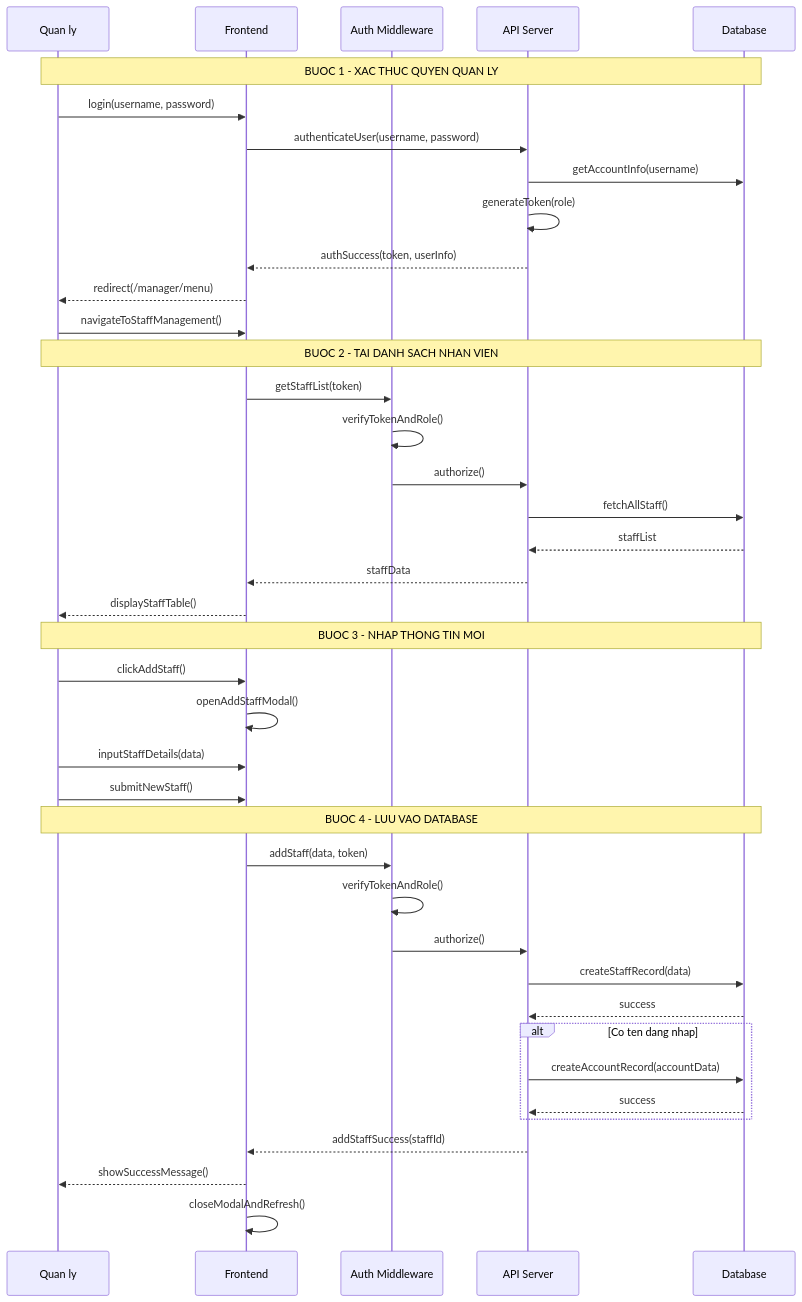
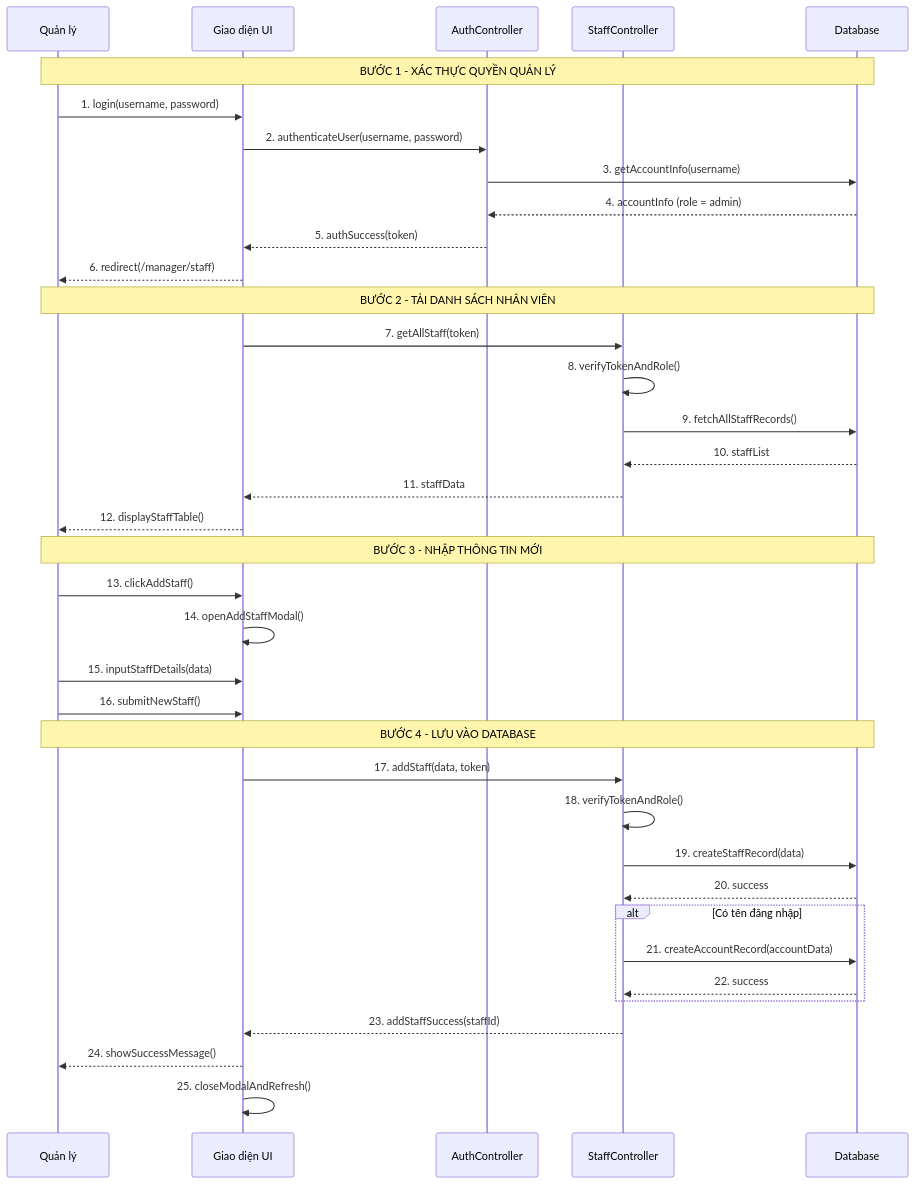
Before and after one commit to tahpnart8/demo-pttkht-Nhom2IT0001: the ninth of 10 diagrams in docs/so-do-he-thong.md, drawn with Mermaid. The commit also changed other lines of this file, not shown here.

````diff
--- a/docs/so-do-he-thong.md
+++ b/docs/so-do-he-thong.md
@@ -440,46 +431,43 @@
 ```mermaid
 sequenceDiagram
-    participant QL as Quan ly
-    participant FE as Frontend
-    participant MW as Auth Middleware
-    participant API as API Server
+    participant QL as Quản lý
+    participant UI as Giao diện UI
+    participant AC as AuthController
+    participant SC as StaffController
     participant DB as Database
 
-    Note over QL,DB: BUOC 1 - XAC THUC QUYEN QUAN LY
-    QL->>FE: login(username, password)
-    FE->>API: authenticateUser(username, password)
-    API->>DB: getAccountInfo(username)
-    API->>API: generateToken(role)
-    API-->>FE: authSuccess(token, userInfo)
-    FE-->>QL: redirect(/manager/menu)
-    QL->>FE: navigateToStaffManagement()
+    Note over QL,DB: BƯỚC 1 - XÁC THỰC QUYỀN QUẢN LÝ
+    QL->>UI: 1. login(username, password)
+    UI->>AC: 2. authenticateUser(username, password)
+    AC->>DB: 3. getAccountInfo(username)
+    DB-->>AC: 4. accountInfo (role = admin)
+    AC-->>UI: 5. authSuccess(token)
+    UI-->>QL: 6. redirect(/manager/staff)
 
-    Note over QL,DB: BUOC 2 - TAI DANH SACH NHAN VIEN
-    FE->>MW: getStaffList(token)
-    MW->>MW: verifyTokenAndRole()
-    MW->>API: authorize()
-    API->>DB: fetchAllStaff()
-    DB-->>API: staffList
-    API-->>FE: staffData
-    FE-->>QL: displayStaffTable()
+    Note over QL,DB: BƯỚC 2 - TẢI DANH SÁCH NHÂN VIÊN
+    UI->>SC: 7. getAllStaff(token)
+    SC->>SC: 8. verifyTokenAndRole()
+    SC->>DB: 9. fetchAllStaffRecords()
+    DB-->>SC: 10. staffList
+    SC-->>UI: 11. staffData
+    UI-->>QL: 12. displayStaffTable()
 
-    Note over QL,DB: BUOC 3 - NHAP THONG TIN MOI
-    QL->>FE: clickAddStaff()
-    FE->>FE: openAddStaffModal()
-    QL->>FE: inputStaffDetails(data)
-    QL->>FE: submitNewStaff()
+    Note over QL,DB: BƯỚC 3 - NHẬP THÔNG TIN MỚI
+    QL->>UI: 13. clickAddStaff()
+    UI->>UI: 14. openAddStaffModal()
+    QL->>UI: 15. inputStaffDetails(data)
+    QL->>UI: 16. submitNewStaff()
 
-    Note over QL,DB: BUOC 4 - LUU VAO DATABASE
-    FE->>MW: addStaff(data, token)
-    MW->>MW: verifyTokenAndRole()
-    MW->>API: authorize()
-    API->>DB: createStaffRecord(data)
-    DB-->>API: success
-    alt Co ten dang nhap
-        API->>DB: createAccountRecord(accountData)
-        DB-->>API: success
+    Note over QL,DB: BƯỚC 4 - LƯU VÀO DATABASE
+    UI->>SC: 17. addStaff(data, token)
+    SC->>SC: 18. verifyTokenAndRole()
+    SC->>DB: 19. createStaffRecord(data)
+    DB-->>SC: 20. success
+    alt Có tên đăng nhập
+        SC->>DB: 21. createAccountRecord(accountData)
+        DB-->>SC: 22. success
     end
-    API-->>FE: addStaffSuccess(staffId)
-    FE-->>QL: showSuccessMessage()
-    FE->>FE: closeModalAndRefresh()
+    SC-->>UI: 23. addStaffSuccess(staffId)
+    UI-->>QL: 24. showSuccessMessage()
+    UI->>UI: 25. closeModalAndRefresh()
 ```
````
